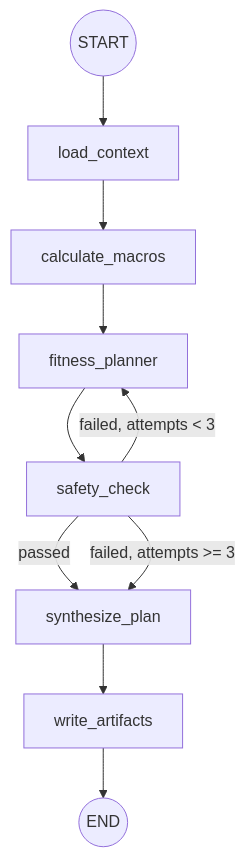
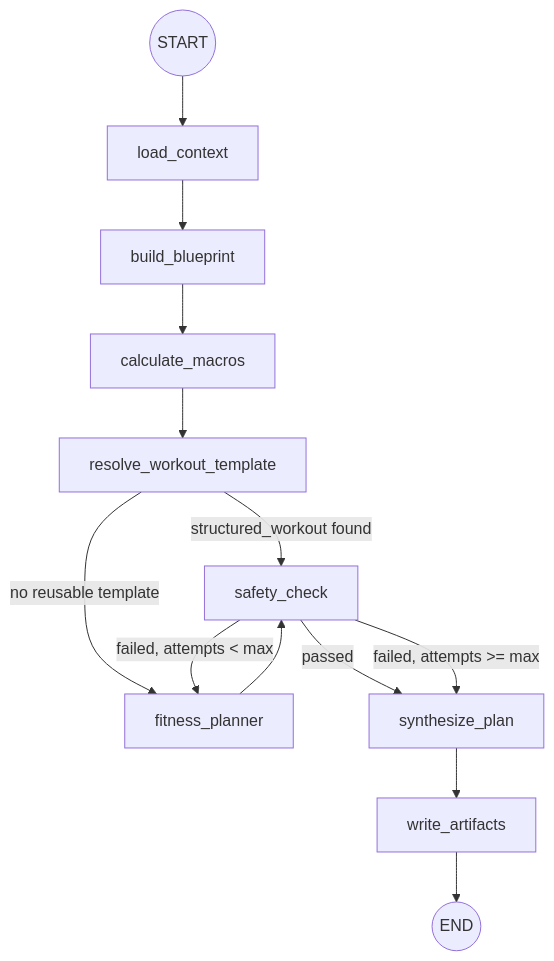
Before and after one commit to hoanhoang-agilityio/Assistant-Learning: the diagram in src/docs/agents/fitness-subgraph.md, drawn with Mermaid. The commit also changed other lines of this file and 1 other file, not shown here.

Commit message:
docs: document fitness blueprint and verification consistency checks

````diff
--- a/src/docs/agents/fitness-subgraph.md
+++ b/src/docs/agents/fitness-subgraph.md
@@ -34,12 +36,18 @@
 ```mermaid
 flowchart TD
     START((START)) --> load_context
-    load_context --> calculate_macros
-    calculate_macros --> fitness_planner
+    load_context --> build_blueprint
+    build_blueprint --> calculate_macros
+    calculate_macros --> resolve_workout_template
+
+    resolve_workout_template -->|"structured_workout found"| safety_check
+    resolve_workout_template -->|"no reusable template"| fitness_planner
+
     fitness_planner --> safety_check
     safety_check -->|passed| synthesize_plan
-    safety_check -->|failed, attempts < 3| fitness_planner
-    safety_check -->|failed, attempts >= 3| synthesize_plan
+    safety_check -->|"failed, attempts < max"| fitness_planner
+    safety_check -->|"failed, attempts >= max"| synthesize_plan
+
     synthesize_plan --> write_artifacts
     write_artifacts --> END((END))
 ```
````
